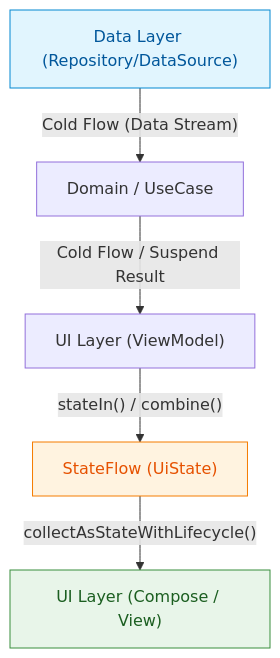
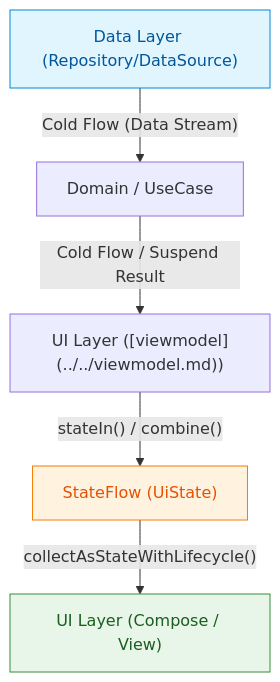
One commit to youngmin-gwon/what-i-studied changed the diagram in 01_inbox/mobile/android/02_app_framework/data/async-flow/android-coroutines-flow.md. Above: the diagram before and after it, drawn with Mermaid. The commit also changed other lines of this file and 185 other files, not shown here.

````diff
--- a/01_inbox/mobile/android/02_app_framework/data/async-flow/android-coroutines-flow.md
+++ b/01_inbox/mobile/android/02_app_framework/data/async-flow/android-coroutines-flow.md
@@ -20,11 +20,11 @@
 ```mermaid
 graph TD
     A["Data Layer (Repository/DataSource)"] -->|"Cold Flow (Data Stream)"| B["Domain / UseCase"]
-    B -->|"Cold Flow / Suspend Result"| C["UI Layer (ViewModel)"]
+    B -->|"Cold Flow / Suspend Result"| C["UI Layer ([viewmodel](../../viewmodel.md))"]
     C -->|"stateIn() / combine()"| D["StateFlow (UiState)"]
     D -->|"collectAsStateWithLifecycle()"| E["UI Layer (Compose / View)"]
 
     style A fill:#e1f5fe,stroke:#0288d1,color:#01579b
     style D fill:#fff3e0,stroke:#f57c00,color:#e65100
     style E fill:#e8f5e9,stroke:#388e3c,color:#1b5e20
 ```
````
